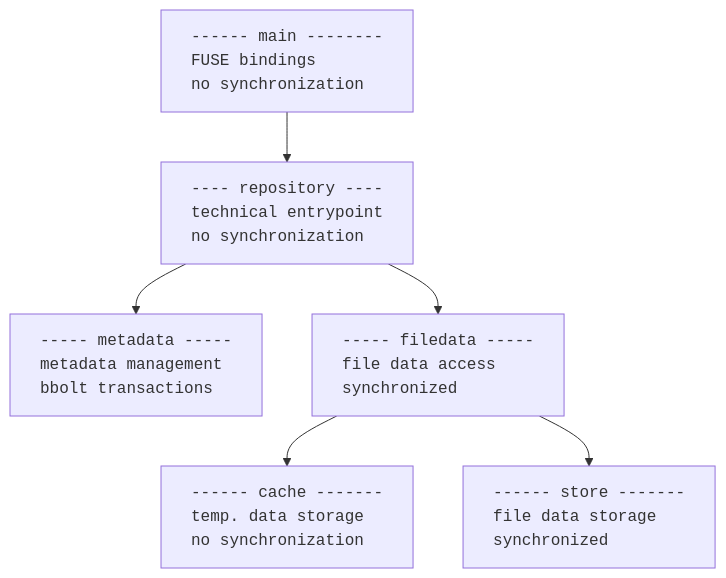
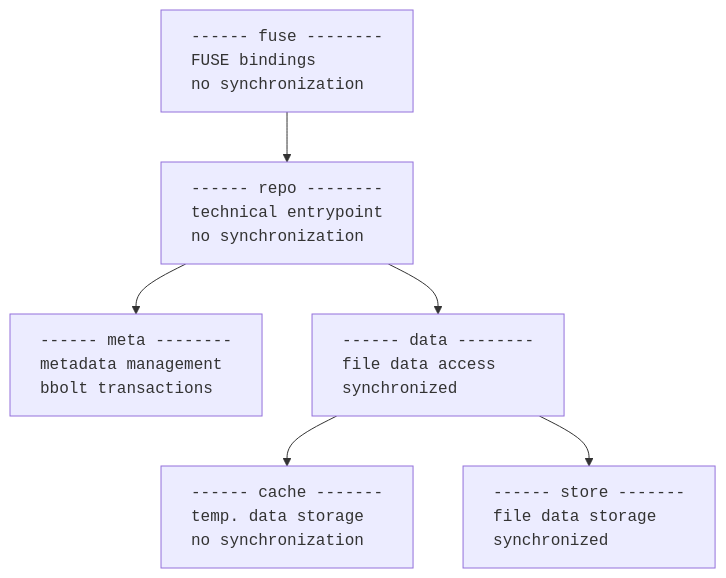
The diagram in README.md (gdiet/backup), drawn with Mermaid before and after one commit. The commit also changed other lines of this file and 7 other files, not shown here.

````diff
--- a/README.md
+++ b/README.md
@@ -14,39 +14,39 @@
 ```mermaid
 graph TD
-  main --> repo
-  repo --> metadata
-  repo --> filedata
-  filedata --> cache
-  filedata --> store
-  main[
-    ------ main --------
+  fuse --> repo
+  repo --> meta
+  repo --> data
+  data --> cache
+  data --> store
+  fuse[
+    ------ fuse --------
     FUSE bindings
     no synchronization
   ]
   repo[
-    ---- repository ----
+    ------ repo --------
     technical entrypoint
     no synchronization
   ]
-  metadata[
-    ----- metadata -----
+  meta[
+    ------ meta --------
     metadata management
     bbolt transactions
   ]
-  filedata[
-    ----- filedata -----
+  data[
+    ------ data --------
     file data access
     synchronized
   ]
   cache[
     ------ cache -------
     temp. data storage
     no synchronization
   ]
   store[
     ------ store -------
     file data storage
     synchronized
   ]
   classDef default font-family:monospace,text-align:left;
 ```
````
